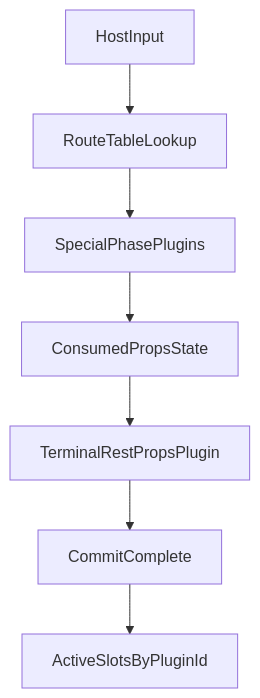
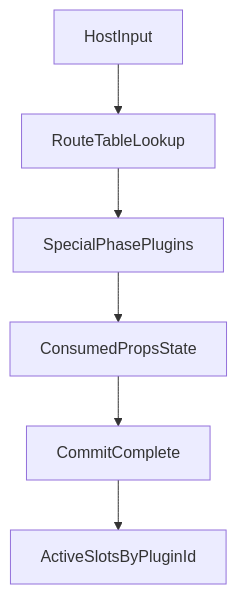
Before and after one commit to remix-run/remix: the diagram in .cursor/plans/reconciler-plugin-api-plan-v2_52fcb126.plan.md, drawn with Mermaid. The commit also changed other lines of this file and 9 other files, not shown here.

````diff
--- a/.cursor/plans/reconciler-plugin-api-plan-v2_52fcb126.plan.md
+++ b/.cursor/plans/reconciler-plugin-api-plan-v2_52fcb126.plan.md
@@ -77,9 +78,8 @@
 ```mermaid
 flowchart TD
   hostInput[HostInput] --> routeCompile[RouteTableLookup]
   routeCompile --> specialPhase[SpecialPhasePlugins]
   specialPhase --> consumedState[ConsumedPropsState]
-  consumedState --> terminalPhase[TerminalRestPropsPlugin]
-  terminalPhase --> commitDone[CommitComplete]
+  consumedState --> commitDone[CommitComplete]
   commitDone --> activeIndex[ActiveSlotsByPluginId]
 ```
````
